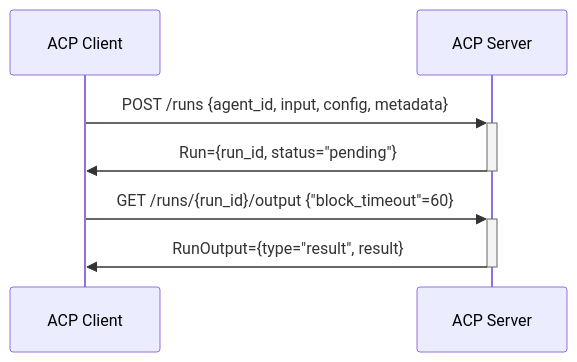
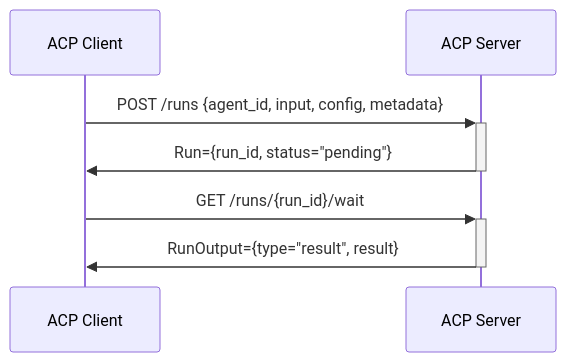
Before and after one commit to agntcy/acp-spec: the fifth of 9 diagrams in docs/README.md, drawn with Mermaid. The commit also changed other lines of this file and 4 other files, not shown here.

````diff
--- a/docs/README.md
+++ b/docs/README.md
@@ -90,9 +90,9 @@
 ```mermaid
 sequenceDiagram
     participant C as ACP Client
     participant S as ACP Server
     C->>+S: POST /runs {agent_id, input, config, metadata}
     S->>-C: Run={run_id, status="pending"}
-    C->>+S: GET /runs/{run_id}/output {"block_timeout"=60}
+    C->>+S: GET /runs/{run_id}/wait 
     S->>-C: RunOutput={type="result", result}
 ```
````
